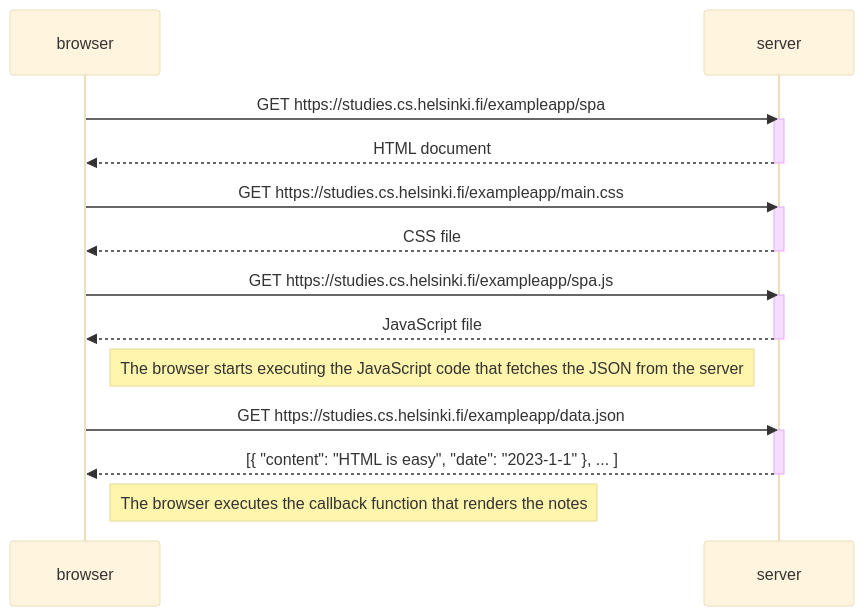
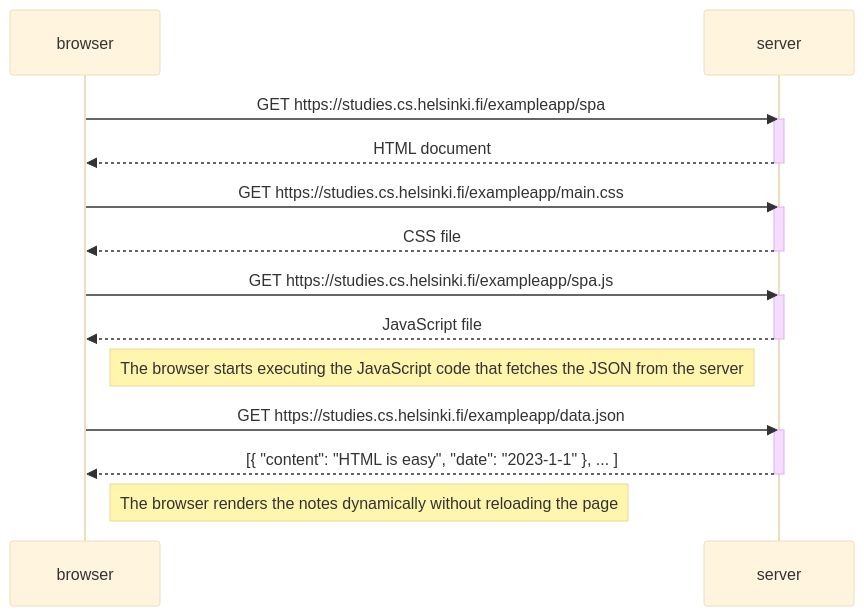
One commit to iriavidal/fullstackopen-exercises changed the diagram in part0/0.5/0.5 - Single page app diagram.md. Above: the diagram before and after it, drawn with Mermaid (base theme).

Commit message:
fix: correct error in SPA diagram (exercise 0.5)

````diff
--- a/part0/0.5/0.5 - Single page app diagram.md
+++ b/part0/0.5/0.5 - Single page app diagram.md
@@ -1,29 +1,29 @@
 ```mermaid
 sequenceDiagram
     participant browser
     participant server
 
     browser->>server: GET https://studies.cs.helsinki.fi/exampleapp/spa
     activate server
     server-->>browser: HTML document
     deactivate server
 
     browser->>server: GET https://studies.cs.helsinki.fi/exampleapp/main.css
     activate server
     server-->>browser: CSS file
     deactivate server
 
     browser->>server: GET https://studies.cs.helsinki.fi/exampleapp/spa.js
     activate server
     server-->>browser: JavaScript file
     deactivate server
 
     Note right of browser: The browser starts executing the JavaScript code that fetches the JSON from the server
 
     browser->>server: GET https://studies.cs.helsinki.fi/exampleapp/data.json
     activate server
     server-->>browser: [{ "content": "HTML is easy", "date": "2023-1-1" }, ... ]
     deactivate server
 
-    Note right of browser: The browser executes the callback function that renders the notes
+    Note right of browser: The browser renders the notes dynamically without reloading the page
 ```
````
